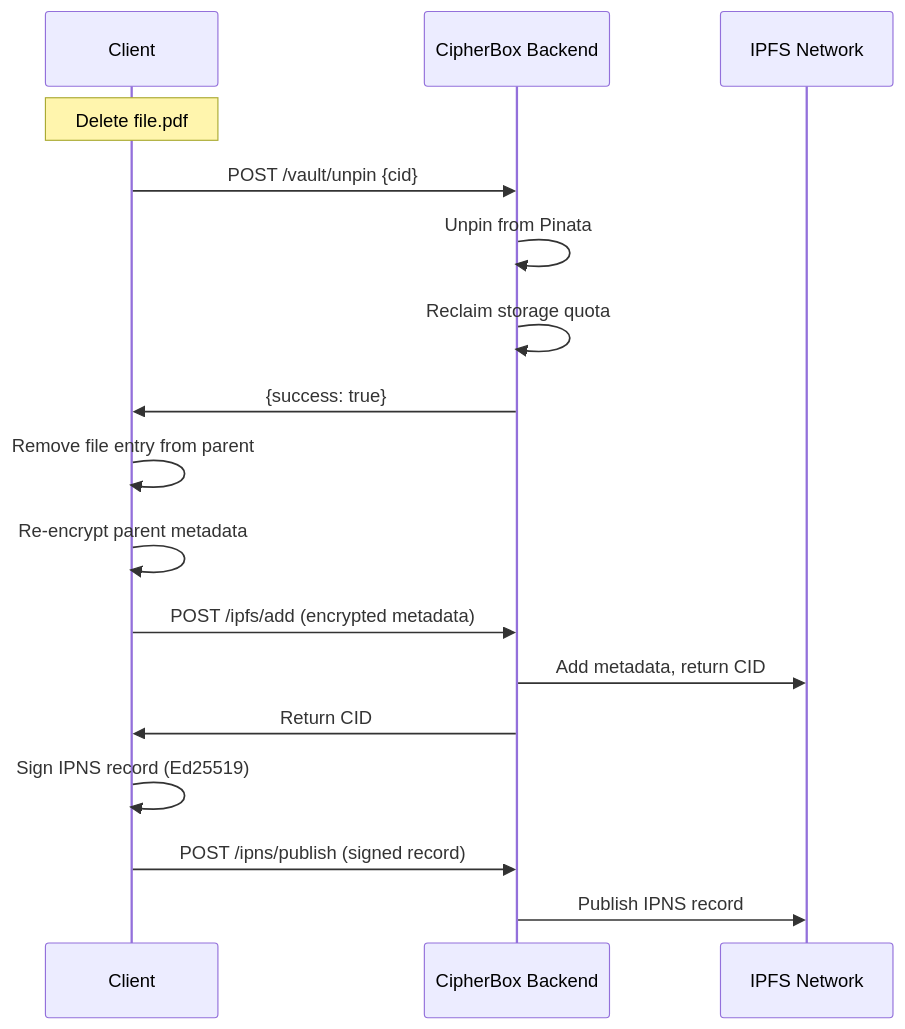
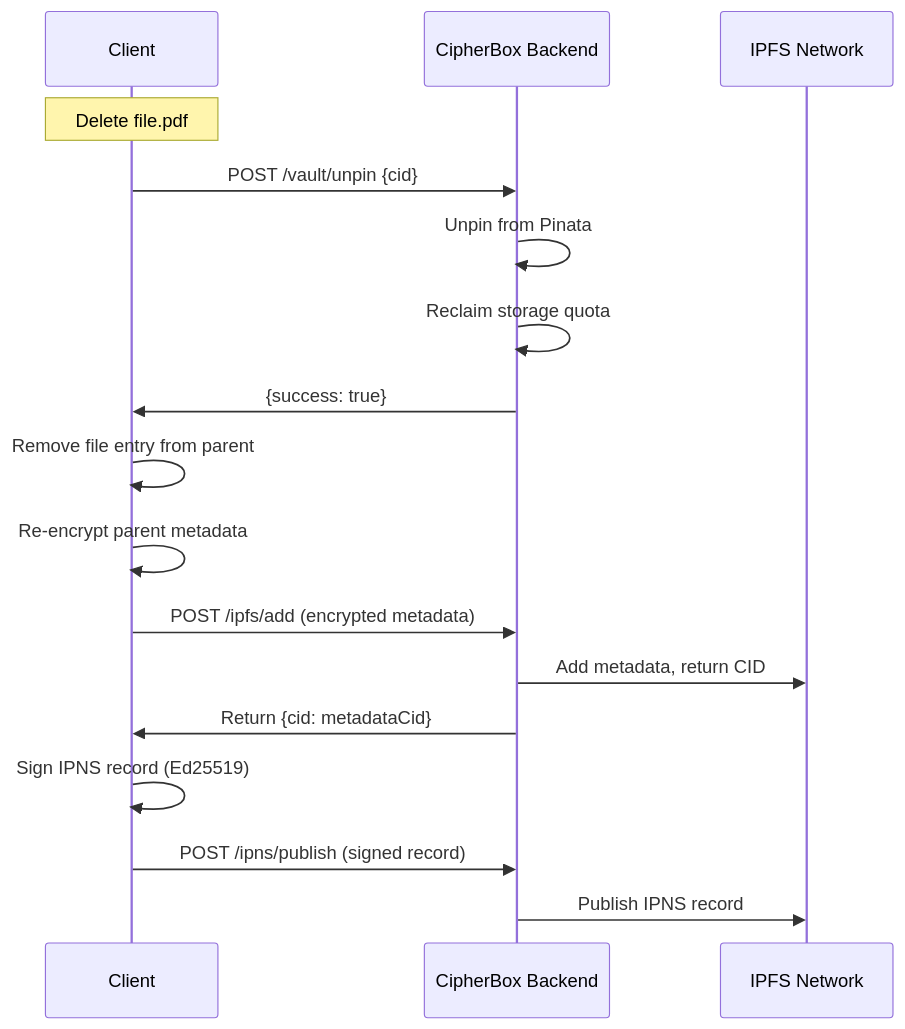
Diagram 12 of 14 in Documentation/DATA_FLOWS.md (FSM1/cipher-box), drawn with Mermaid before and after one commit. The commit also changed other lines of this file, not shown here.

First line of the commit message:
Add missing Backend→Client CID return flows in IPFS metadata upload sequences (#12)

````diff
--- a/Documentation/DATA_FLOWS.md
+++ b/Documentation/DATA_FLOWS.md
@@ -467,22 +467,22 @@
 ```mermaid
 sequenceDiagram
     participant C as Client
     participant B as CipherBox Backend
     participant IPFS as IPFS Network
     
     Note over C: Delete file.pdf
     
     C->>B: POST /vault/unpin {cid}
     B->>B: Unpin from Pinata
     B->>B: Reclaim storage quota
     B->>C: {success: true}
     
     C->>C: Remove file entry from parent
     C->>C: Re-encrypt parent metadata
     C->>B: POST /ipfs/add (encrypted metadata)
     B->>IPFS: Add metadata, return CID
-    B->>C: Return CID
+    B->>C: Return {cid: metadataCid}
     C->>C: Sign IPNS record (Ed25519)
     C->>B: POST /ipns/publish (signed record)
     B->>IPFS: Publish IPNS record
 ```
````
